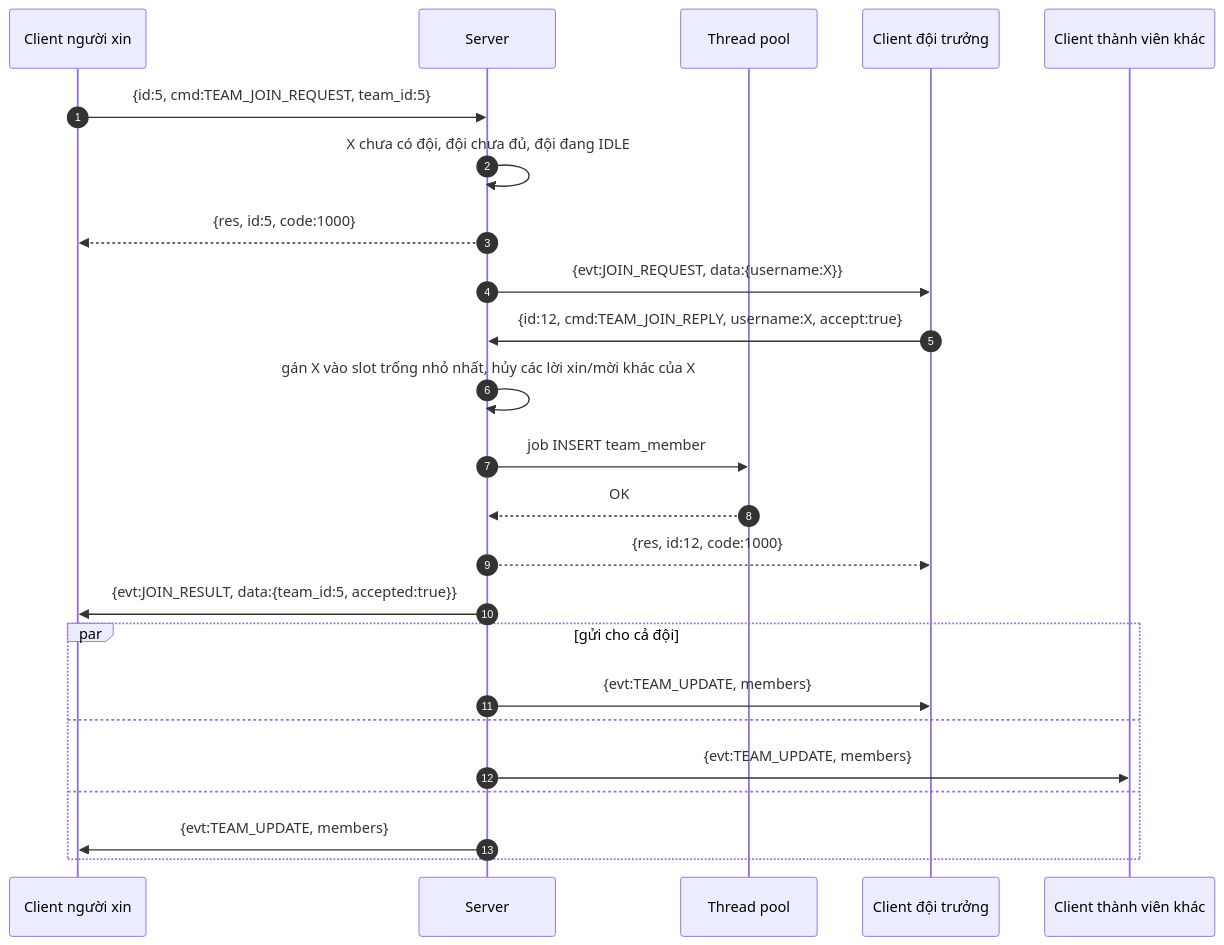
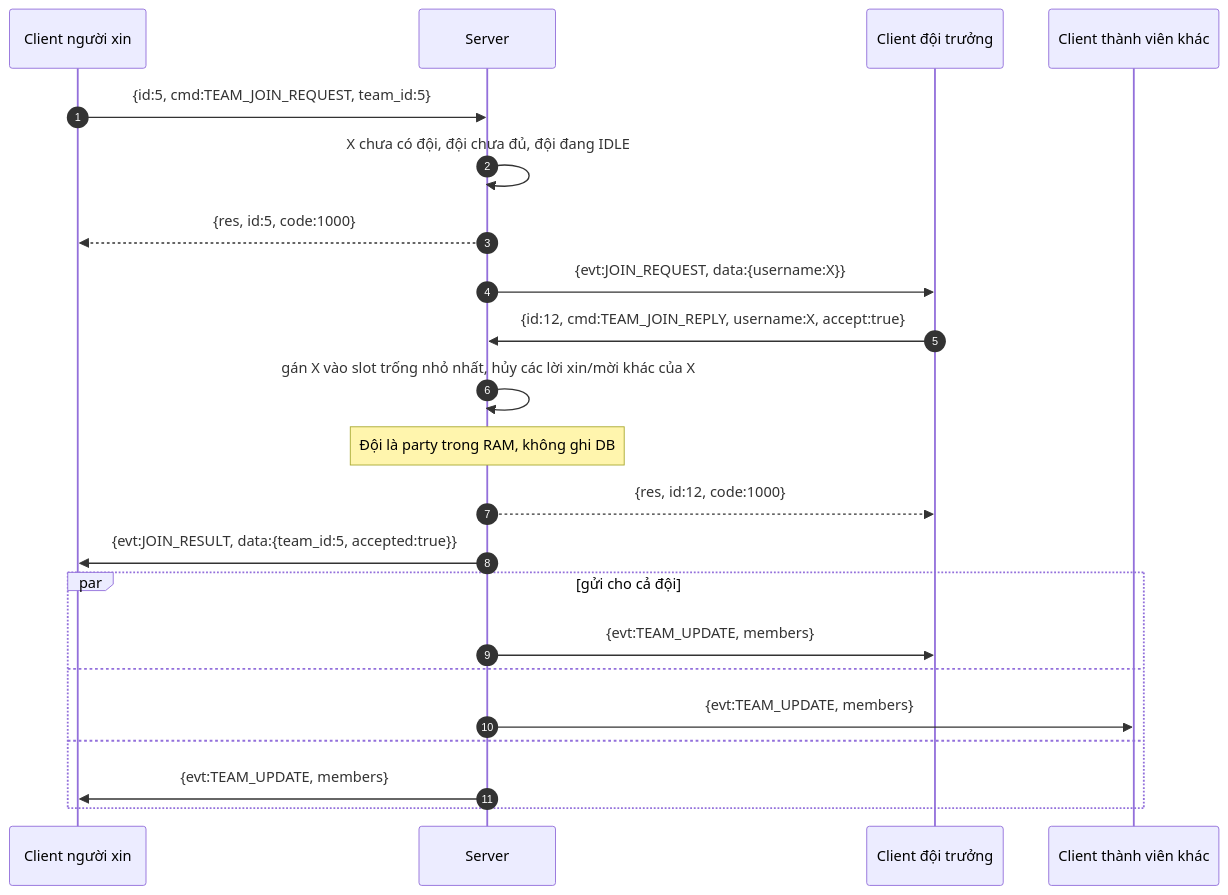
Before and after one commit to dson19/network: the diagram in Project/docs/design/diagrams/sequence/02-join-team.md, drawn with Mermaid. The commit also changed 14 other files, not shown here.

````diff
--- a/Project/docs/design/diagrams/sequence/02-join-team.md
+++ b/Project/docs/design/diagrams/sequence/02-join-team.md
@@ -5,28 +5,26 @@
 ```mermaid
 sequenceDiagram
     autonumber
     participant X as Client người xin
     participant S as Server
-    participant P as Thread pool
     participant K as Client đội trưởng
     participant M as Client thành viên khác
 
     X->>S: {id:5, cmd:TEAM_JOIN_REQUEST, team_id:5}
     S->>S: X chưa có đội, đội chưa đủ, đội đang IDLE
     S-->>X: {res, id:5, code:1000}
     S->>K: {evt:JOIN_REQUEST, data:{username:X}}
 
     K->>S: {id:12, cmd:TEAM_JOIN_REPLY, username:X, accept:true}
     S->>S: gán X vào slot trống nhỏ nhất, hủy các lời xin/mời khác của X
-    S->>P: job INSERT team_member
-    P-->>S: OK
+    Note over S: Đội là party trong RAM, không ghi DB
     S-->>K: {res, id:12, code:1000}
     S->>X: {evt:JOIN_RESULT, data:{team_id:5, accepted:true}}
     par gửi cho cả đội
         S->>K: {evt:TEAM_UPDATE, members}
     and
         S->>M: {evt:TEAM_UPDATE, members}
     and
         S->>X: {evt:TEAM_UPDATE, members}
     end
 ```
````
